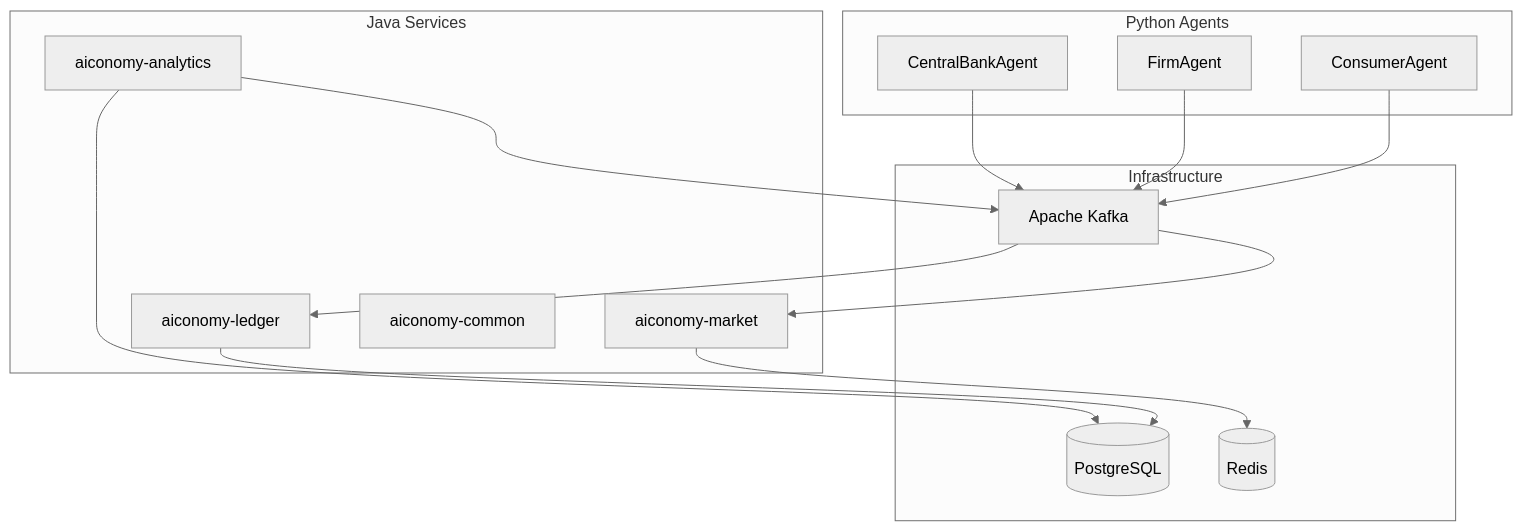
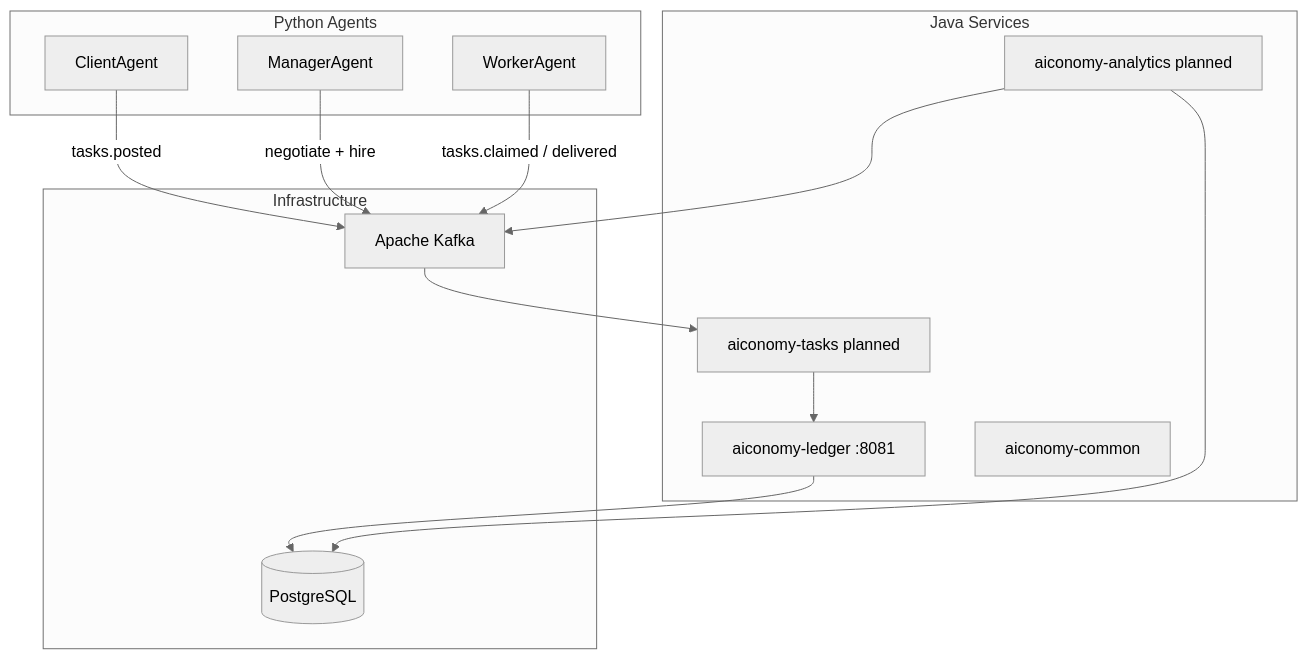
Before and after one commit to A1conomy/aiconomy: the diagram in README.md, drawn with Mermaid (neutral theme). The commit also changed other lines of this file and 65 other files, not shown here.

````diff
--- a/README.md
+++ b/README.md
@@ -15,31 +15,29 @@
 ```mermaid
 flowchart TB
     subgraph agents [Python Agents]
-        Consumer[ConsumerAgent]
-        Firm[FirmAgent]
-        CB[CentralBankAgent]
+        Client[ClientAgent]
+        Manager[ManagerAgent]
+        Worker[WorkerAgent]
     end
 
     subgraph java [Java Services]
-        Ledger[aiconomy-ledger]
-        Market[aiconomy-market]
-        Analytics[aiconomy-analytics]
+        Tasks[aiconomy-tasks planned]
+        Ledger[aiconomy-ledger :8081]
+        Analytics[aiconomy-analytics planned]
         Common[aiconomy-common]
     end
 
     subgraph infra [Infrastructure]
         Kafka[Apache Kafka]
         Postgres[(PostgreSQL)]
-        Redis[(Redis)]
     end
 
-    Consumer --> Kafka
-    Firm --> Kafka
-    CB --> Kafka
-    Kafka --> Market
-    Kafka --> Ledger
-    Market --> Redis
+    Client -->|tasks.posted| Kafka
+    Manager -->|negotiate + hire| Kafka
+    Worker -->|tasks.claimed / delivered| Kafka
+    Kafka --> Tasks
+    Tasks --> Ledger
     Ledger --> Postgres
     Analytics --> Postgres
     Analytics --> Kafka
 ```
````
